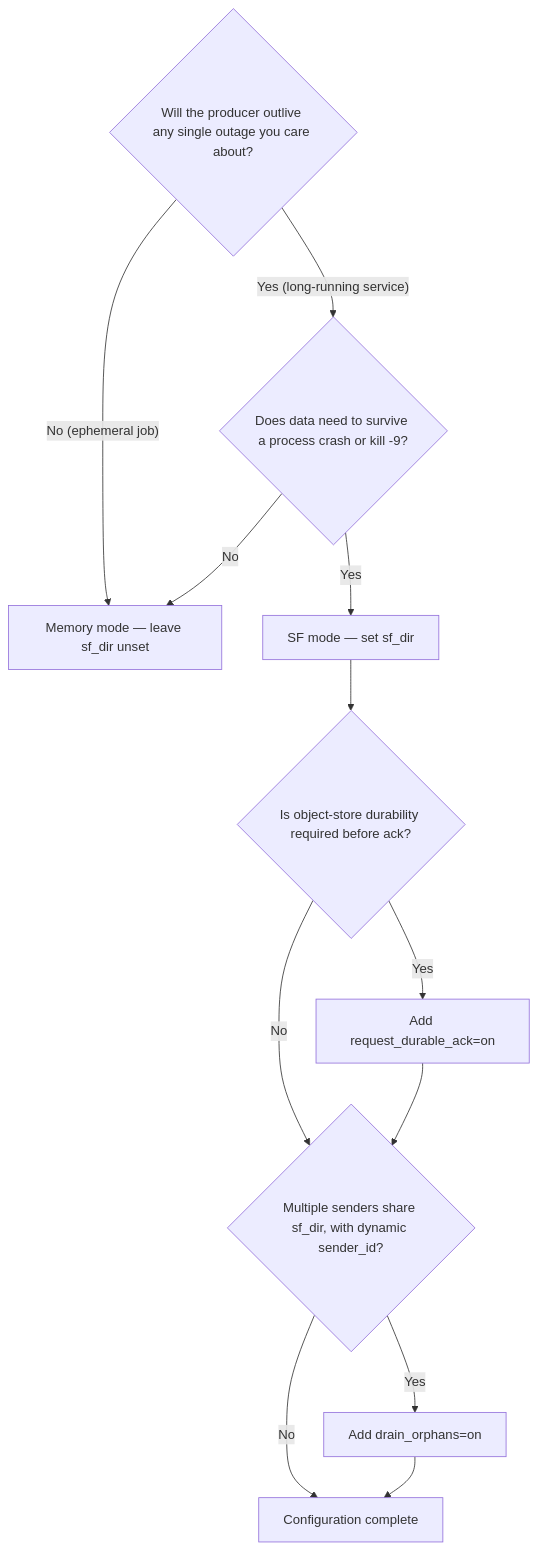
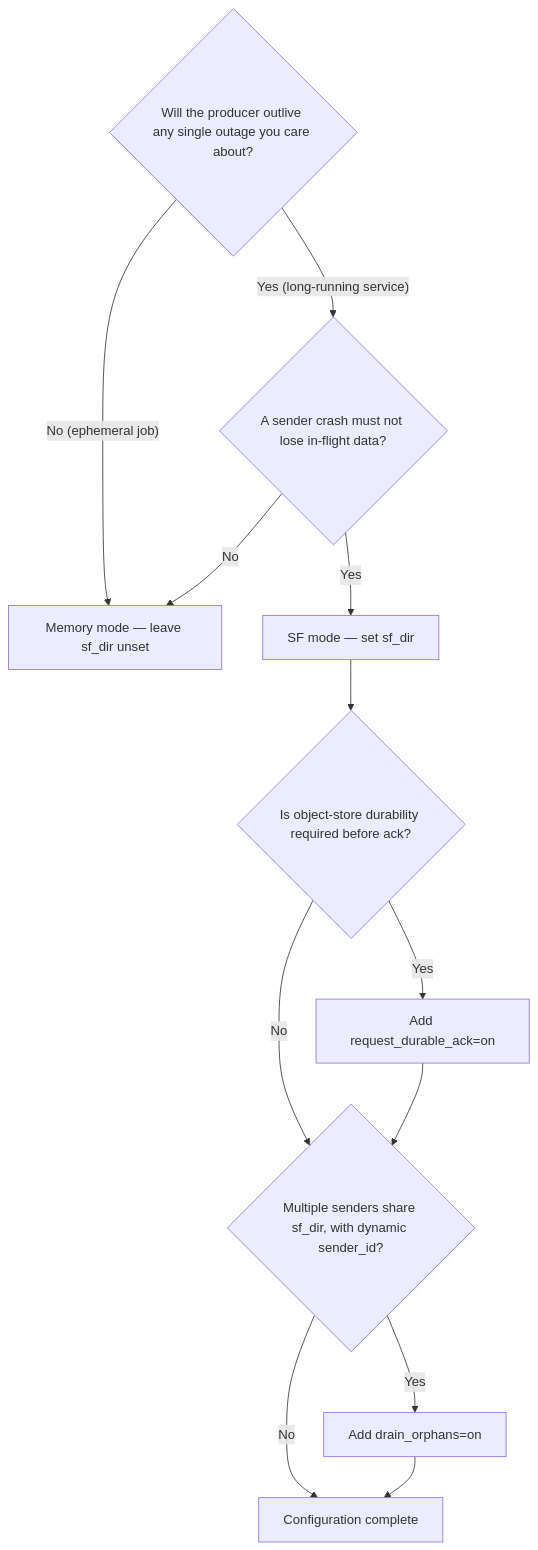
One commit to questdb/documentation changed the diagram in documentation/high-availability/store-and-forward/when-to-use.md. Above: the diagram before and after it, drawn with Mermaid. The commit also changed other lines of this file and 2 other files, not shown here.

Commit message:
reframing "survives a crash" as whether unacked data is lost or can be recovered

````diff
--- a/documentation/high-availability/store-and-forward/when-to-use.md
+++ b/documentation/high-availability/store-and-forward/when-to-use.md
@@ -189,19 +188,19 @@
 ```mermaid
 graph TD
     Q1{Will the producer outlive any single outage you care about?}
-    Q2{Does data need to survive a process crash or kill -9?}
+    Q2{A sender crash must not lose in-flight data?}
     Q3{Is object-store durability required before ack?}
     Q4{Multiple senders share sf_dir, with dynamic sender_id?}
 
     Q1 -->|"No (ephemeral job)"| Memory[Memory mode — leave sf_dir unset]
     Q1 -->|"Yes (long-running service)"| Q2
     Q2 -->|No| Memory
     Q2 -->|Yes| SF[SF mode — set sf_dir]
     SF --> Q3
     Q3 -->|Yes| Durable[Add request_durable_ack=on]
     Q3 -->|No| Q4
     Durable --> Q4
     Q4 -->|Yes| Orphans[Add drain_orphans=on]
     Q4 -->|No| Done[Configuration complete]
     Orphans --> Done
 ```
````
